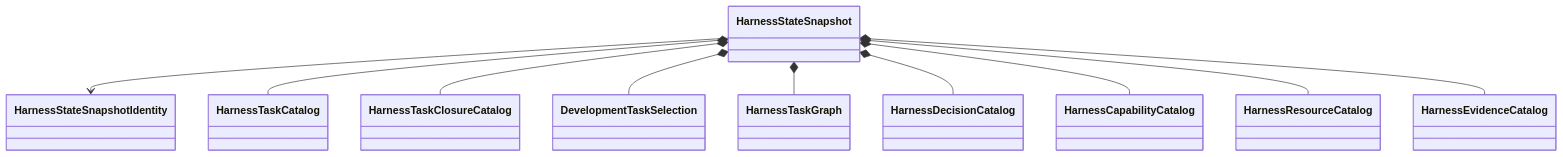
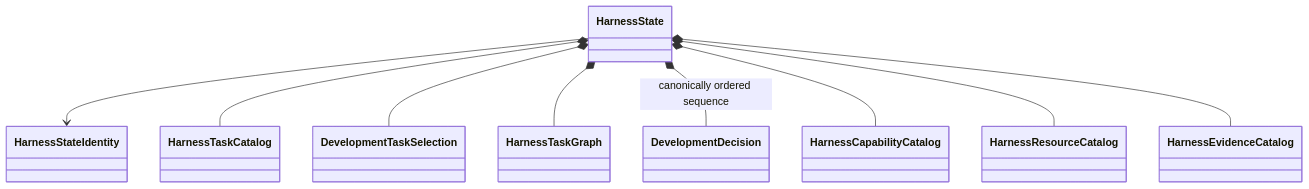
Before and after one commit to eragasa/ksdft2effmass: the diagram in docs/architecture/v2/harness/object-model.md, drawn with Mermaid. The commit also changed other lines of this file and 80 other files, not shown here.

Commit message:
docs: reconcile architecture v2

````diff
--- a/docs/architecture/v2/harness/object-model.md
+++ b/docs/architecture/v2/harness/object-model.md
@@ -5,23 +5,21 @@
 ```mermaid
 classDiagram
-    class HarnessStateSnapshot
-    class HarnessStateSnapshotIdentity
+    class HarnessState
+    class HarnessStateIdentity
     class HarnessTaskCatalog
-    class HarnessTaskClosureCatalog
     class DevelopmentTaskSelection
     class HarnessTaskGraph
-    class HarnessDecisionCatalog
+    class DevelopmentDecision
     class HarnessCapabilityCatalog
     class HarnessResourceCatalog
     class HarnessEvidenceCatalog
 
-    HarnessStateSnapshot --> HarnessStateSnapshotIdentity
-    HarnessStateSnapshot *-- HarnessTaskCatalog
-    HarnessStateSnapshot *-- HarnessTaskClosureCatalog
-    HarnessStateSnapshot *-- DevelopmentTaskSelection
-    HarnessStateSnapshot *-- HarnessTaskGraph
-    HarnessStateSnapshot *-- HarnessDecisionCatalog
-    HarnessStateSnapshot *-- HarnessCapabilityCatalog
-    HarnessStateSnapshot *-- HarnessResourceCatalog
-    HarnessStateSnapshot *-- HarnessEvidenceCatalog
+    HarnessState --> HarnessStateIdentity
+    HarnessState *-- HarnessTaskCatalog
+    HarnessState *-- DevelopmentTaskSelection
+    HarnessState *-- HarnessTaskGraph
+    HarnessState *-- DevelopmentDecision : canonically ordered sequence
+    HarnessState *-- HarnessCapabilityCatalog
+    HarnessState *-- HarnessResourceCatalog
+    HarnessState *-- HarnessEvidenceCatalog
 ```
````
